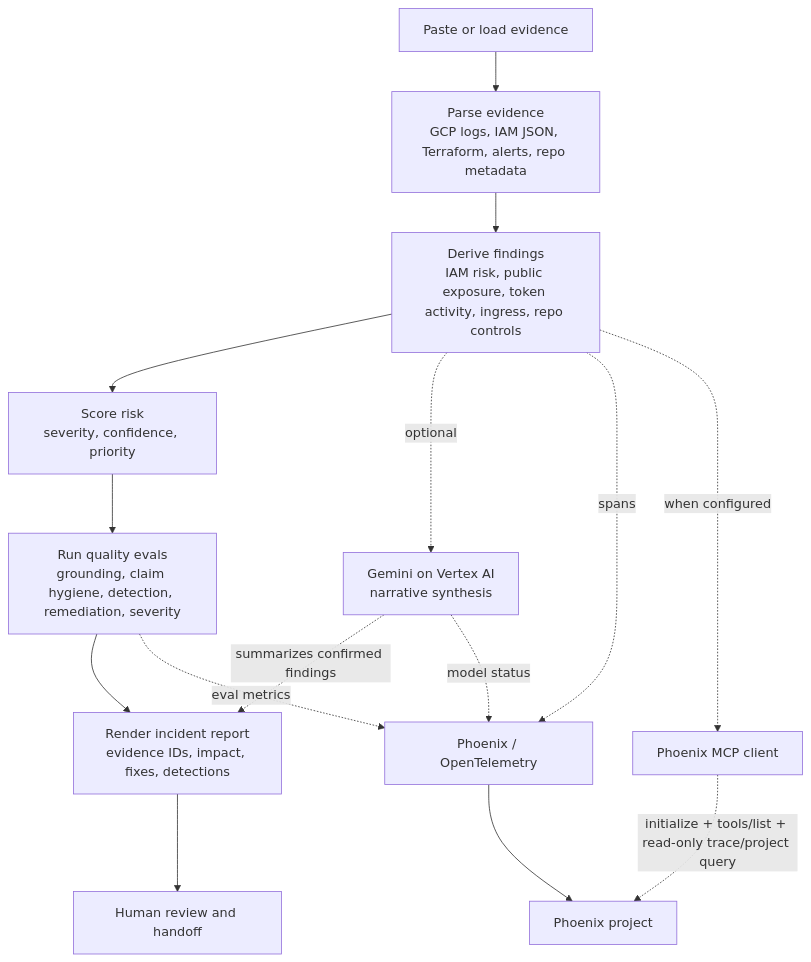
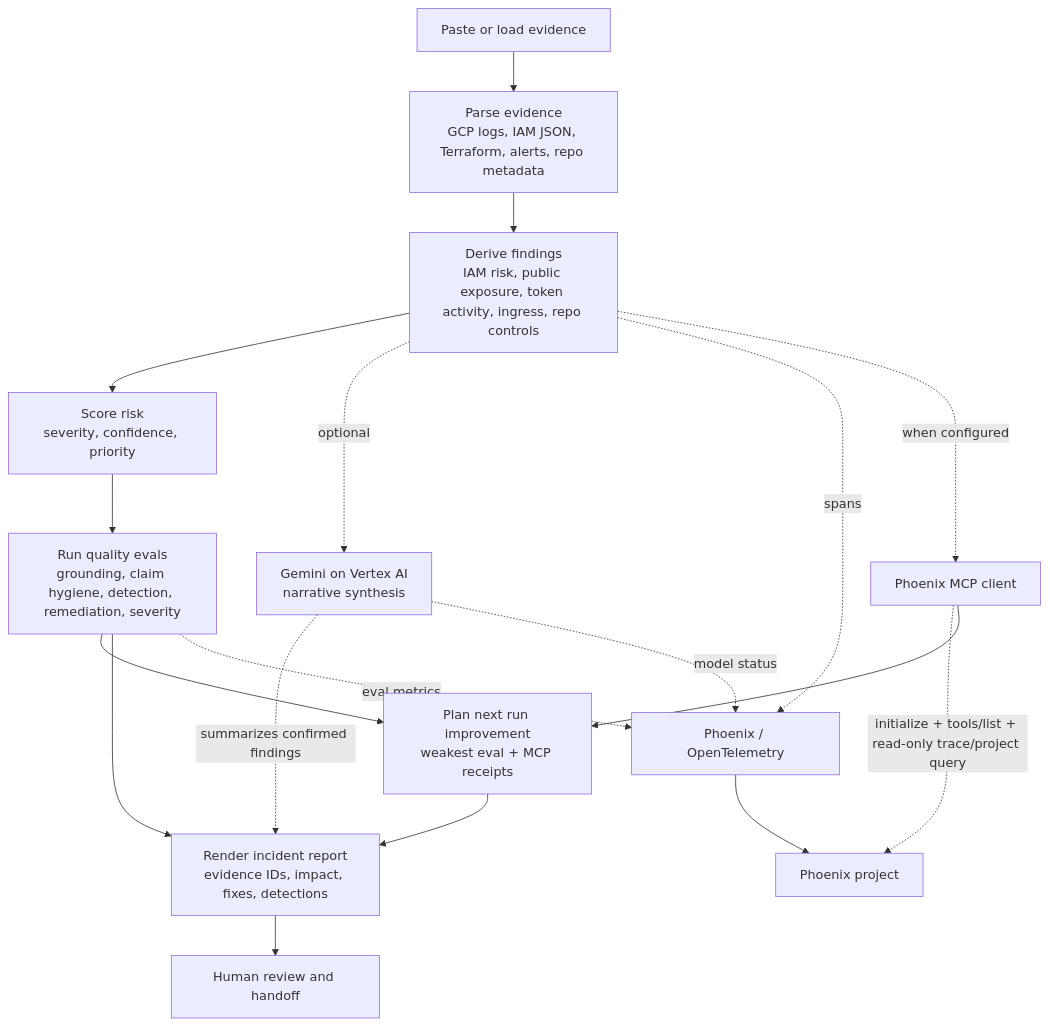
Before and after one commit to Lockelamoree/TraceGuard: the first of 2 diagrams in PROJECT_VISUALIZATION.md, drawn with Mermaid. The commit also changed other lines of this file and 25 other files, not shown here.

````diff
--- a/PROJECT_VISUALIZATION.md
+++ b/PROJECT_VISUALIZATION.md
@@ -7,20 +7,23 @@
 ```mermaid
 flowchart TD
     start["Paste or load evidence"] --> parse["Parse evidence<br/>GCP logs, IAM JSON, Terraform, alerts, repo metadata"]
     parse --> findings["Derive findings<br/>IAM risk, public exposure, token activity, ingress, repo controls"]
     findings --> score["Score risk<br/>severity, confidence, priority"]
     score --> evals["Run quality evals<br/>grounding, claim hygiene, detection, remediation, severity"]
+    evals --> improve["Plan next run improvement<br/>weakest eval + MCP receipts"]
+    improve --> report
     evals --> report["Render incident report<br/>evidence IDs, impact, fixes, detections"]
     report --> human["Human review and handoff"]
 
     findings -. "optional" .-> gemini["Gemini on Vertex AI<br/>narrative synthesis"]
     gemini -. "summarizes confirmed findings" .-> report
 
     findings -. "spans" .-> otel["Phoenix / OpenTelemetry"]
     evals -. "eval metrics" .-> otel
     gemini -. "model status" .-> otel
     otel --> phoenix["Phoenix project"]
 
     findings -. "when configured" .-> mcp["Phoenix MCP client"]
     mcp -. "initialize + tools/list + read-only trace/project query" .-> phoenix
+    mcp --> improve
 ```
````
